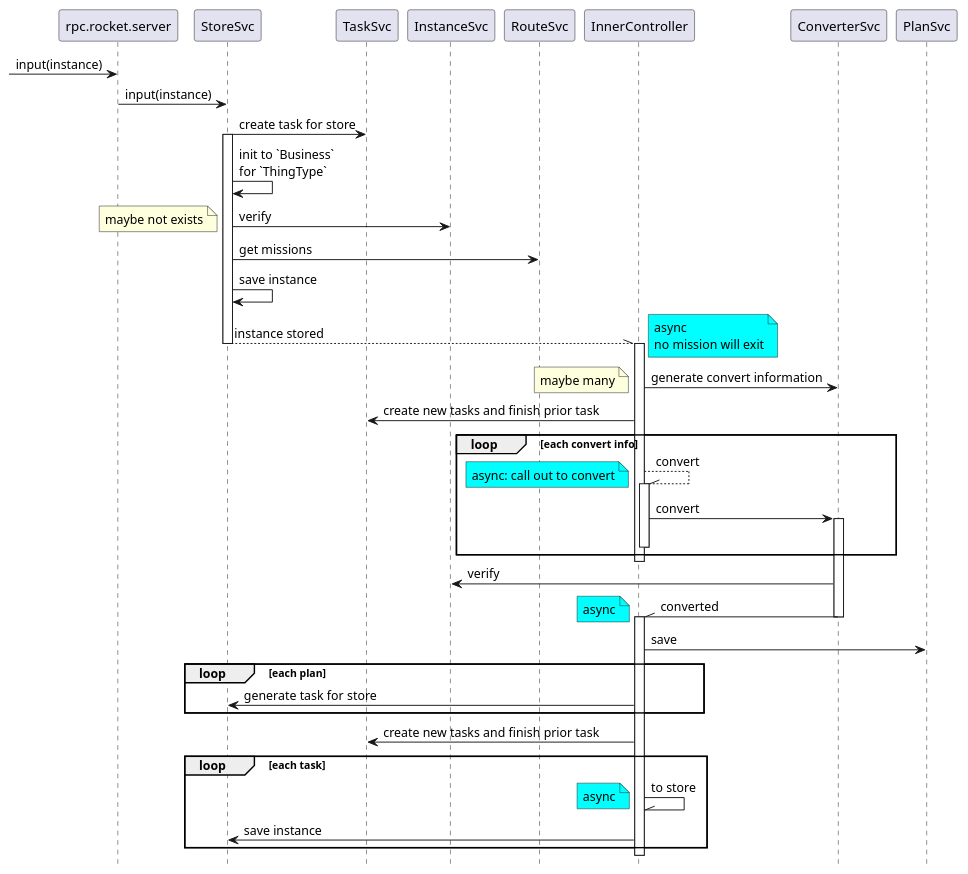
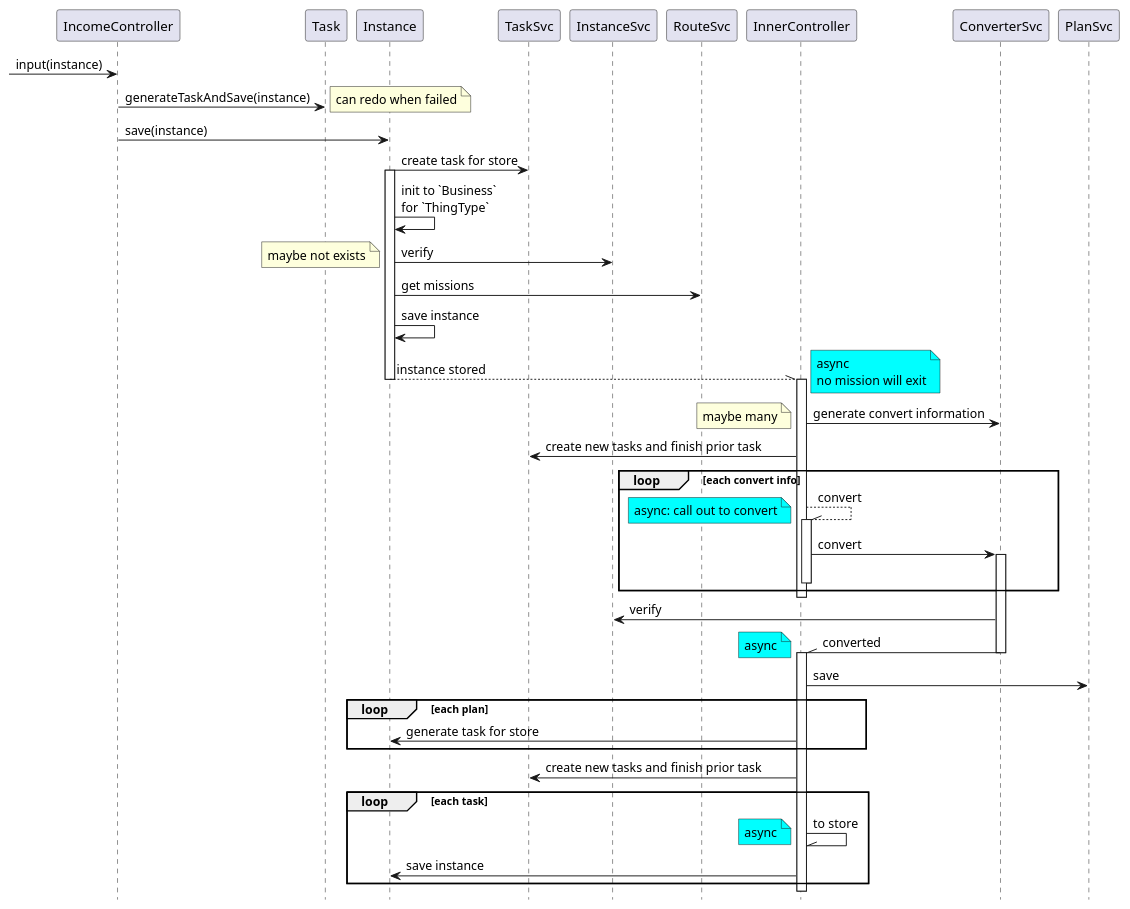
One commit to llxxbb/Nature changed the diagram in doc/uml/normal-process.puml. Above: the diagram before and after it, drawn with PlantUML. The commit also changed 2 other files, not shown here.

Commit message:
self route function finished

```diff
--- a/doc/uml/normal-process.puml
+++ b/doc/uml/normal-process.puml
@@ -1,45 +1,47 @@
 @startuml
 hide footbox
-[->rpc.rocket.server: input(instance)
-rpc.rocket.server -> StoreSvc: input(instance)
-StoreSvc -> TaskSvc: create task for store
-activate StoreSvc
-StoreSvc -> StoreSvc: init to `Business` \nfor `ThingType`
-StoreSvc -> InstanceSvc: verify
+[->IncomeController: input(instance)
+IncomeController -> Task: generateTaskAndSave(instance)
+note right: can redo when failed
+IncomeController -> Instance: save(instance)
+Instance -> TaskSvc: create task for store
+activate Instance
+Instance -> Instance: init to `Business` \nfor `ThingType`
+Instance -> InstanceSvc: verify
 note left: maybe not exists
-StoreSvc -> RouteSvc: get missions
-StoreSvc -> StoreSvc: save instance
-StoreSvc --\\ InnerController: instance stored
+Instance -> RouteSvc: get missions
+Instance -> Instance: save instance
+Instance --\\ InnerController: instance stored
 note right #aqua : async \nno mission will exit
-deactivate StoreSvc
+deactivate Instance
 activate InnerController
 InnerController -> ConverterSvc: generate convert information
 note left: maybe many
 InnerController -> TaskSvc: create new tasks and finish prior task
 loop each convert info
     InnerController --\\ InnerController: convert
     note left #aqua : async: call out to convert
     activate InnerController
     InnerController -> ConverterSvc: convert
     activate ConverterSvc
     deactivate InnerController
 end
 deactivate InnerController
 ConverterSvc -> InstanceSvc: verify
 ConverterSvc -\\ InnerController: converted
 deactivate ConverterSvc
 note left #aqua : async
 activate InnerController
 InnerController -> PlanSvc: save
 loop each plan
-    InnerController -> StoreSvc: generate task for store
+    InnerController -> Instance: generate task for store
 end
 InnerController -> TaskSvc: create new tasks and finish prior task
 loop each task
     InnerController -\\ InnerController: to store
     note left #aqua : async
-    InnerController -> StoreSvc: save instance
+    InnerController -> Instance: save instance
 end
 
 
 @enduml
```
